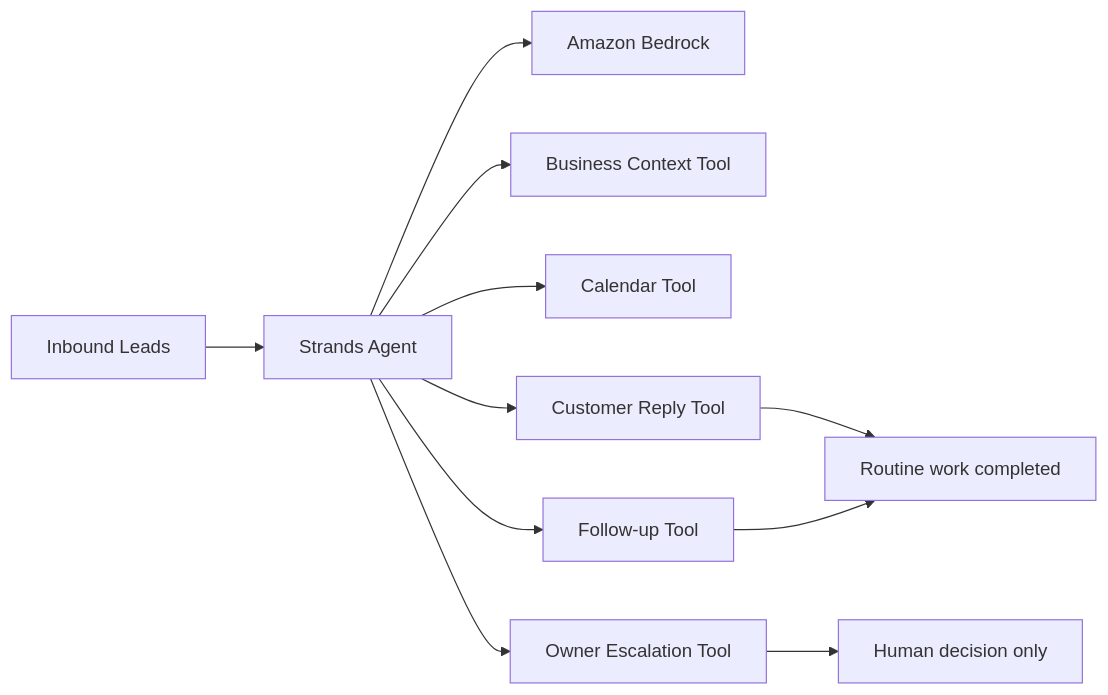
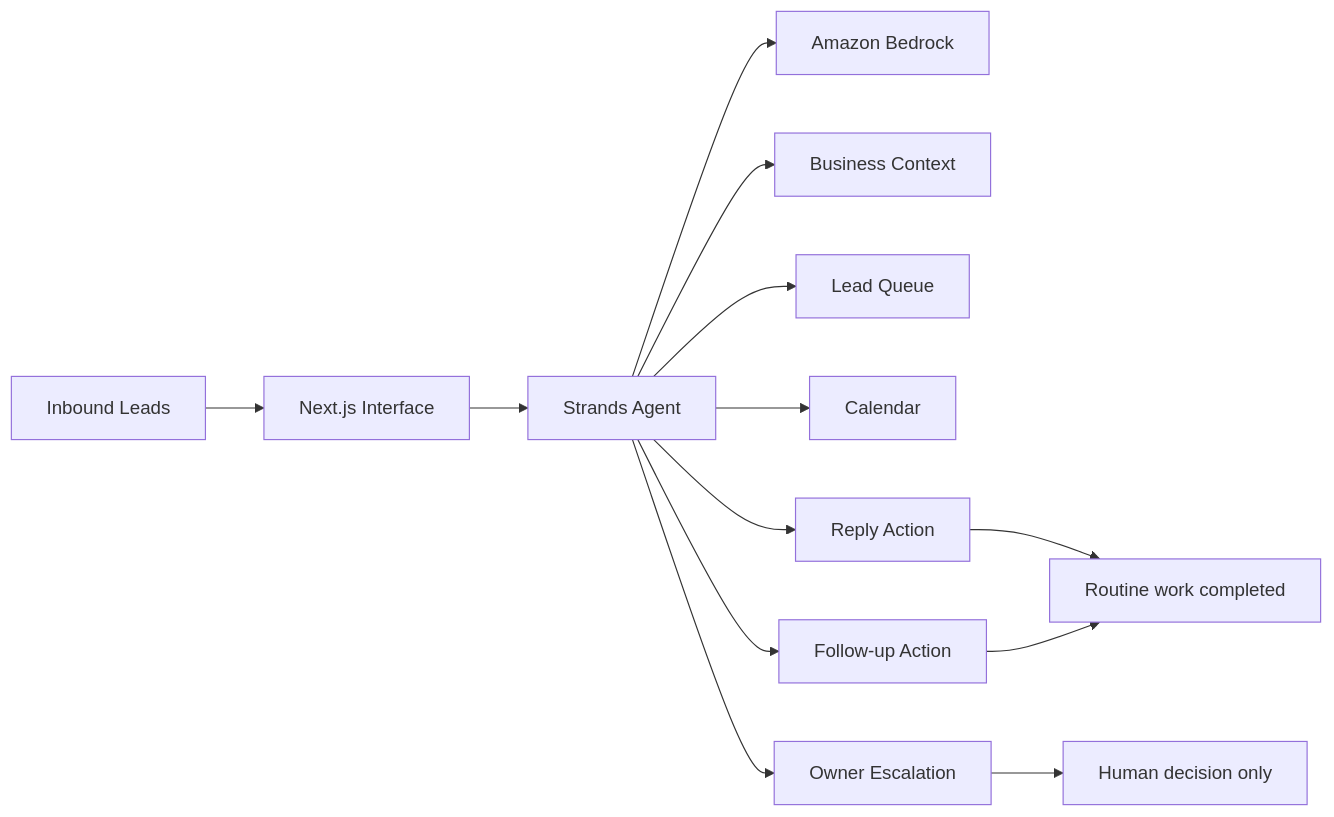
The diagram in README.md (jpadilla987-png/lead-rescue-agent), drawn with Mermaid before and after one commit. The commit also changed other lines of this file and 3 other files, not shown here.

````diff
--- a/README.md
+++ b/README.md
@@ -25,13 +25,15 @@
 ```mermaid
 flowchart LR
-    A[Inbound Leads] --> B[Strands Agent]
-    B --> C[Amazon Bedrock]
-    B --> D[Business Context Tool]
-    B --> E[Calendar Tool]
-    B --> F[Customer Reply Tool]
-    B --> G[Follow-up Tool]
-    B --> H[Owner Escalation Tool]
-    F --> I[Routine work completed]
-    G --> I
-    H --> J[Human decision only]
+    A[Inbound Leads] --> B[Next.js Interface]
+    B --> C[Strands Agent]
+    C --> D[Amazon Bedrock]
+    C --> E[Business Context]
+    C --> F[Lead Queue]
+    C --> G[Calendar]
+    C --> H[Reply Action]
+    C --> I[Follow-up Action]
+    C --> J[Owner Escalation]
+    H --> K[Routine work completed]
+    I --> K
+    J --> L[Human decision only]
 ```
````
